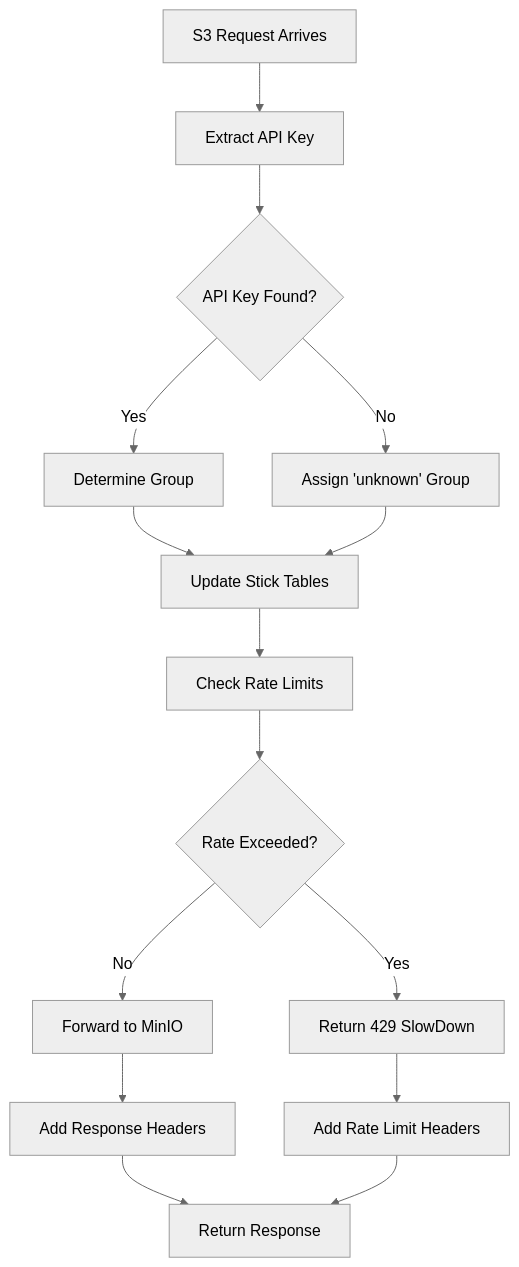
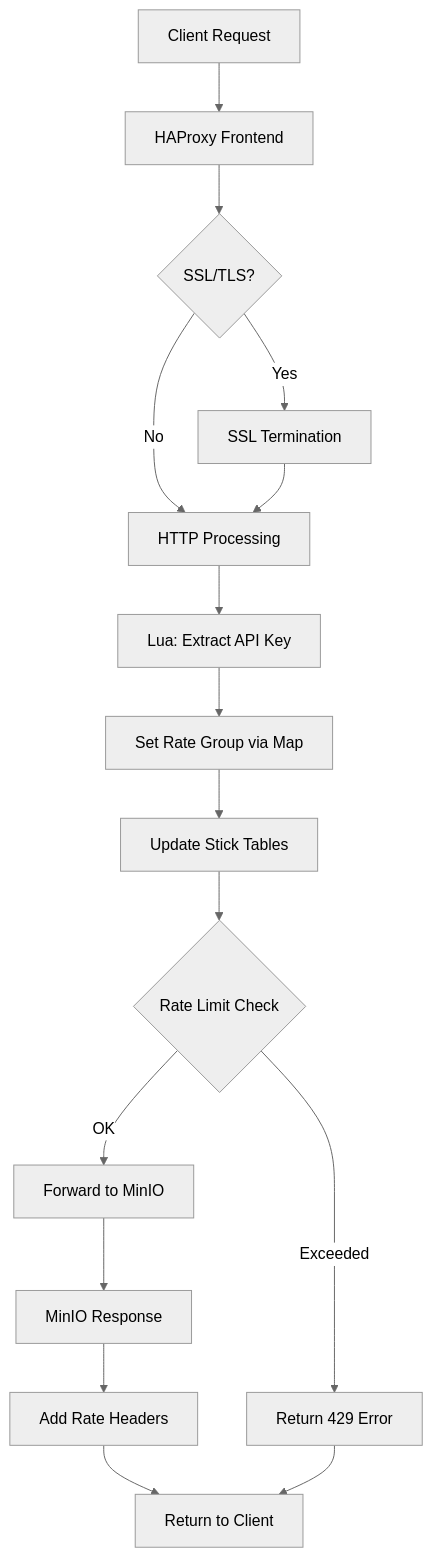
One commit to RO-29/minio-ratelimit changed the diagram in TECHNICAL_DOCUMENTATION.md. Above: the diagram before and after it, drawn with Mermaid (neutral theme). The commit also changed other lines of this file and 20 other files, not shown here.

Commit message:
haproxy minio rate lmit v0.3

````diff
--- a/TECHNICAL_DOCUMENTATION.md
+++ b/TECHNICAL_DOCUMENTATION.md
@@ -63,17 +323,18 @@
 ```mermaid
 graph TD
-    A[S3 Request Arrives] --> B[Extract API Key]
-    B --> C{API Key Found?}
-    C -->|Yes| D[Determine Group]
-    C -->|No| E[Assign 'unknown' Group]
-    D --> F[Update Stick Tables]
-    E --> F
-    F --> G[Check Rate Limits]
-    G --> H{Rate Exceeded?}
-    H -->|Yes| I[Return 429 SlowDown]
-    H -->|No| J[Forward to MinIO]
-    J --> K[Add Response Headers]
-    K --> L[Return Response]
-    I --> M[Add Rate Limit Headers]
-    M --> L
+    A[Client Request] --> B[HAProxy Frontend]
+    B --> C{SSL/TLS?}
+    C -->|Yes| D[SSL Termination]
+    C -->|No| E[HTTP Processing]
+    D --> E
+    E --> F[Lua: Extract API Key]
+    F --> G[Set Rate Group via Map]
+    G --> H[Update Stick Tables]
+    H --> I{Rate Limit Check}
+    I -->|Exceeded| J[Return 429 Error]
+    I -->|OK| K[Forward to MinIO]
+    K --> L[MinIO Response]
+    L --> M[Add Rate Headers]
+    M --> N[Return to Client]
+    J --> N
 ```
````
